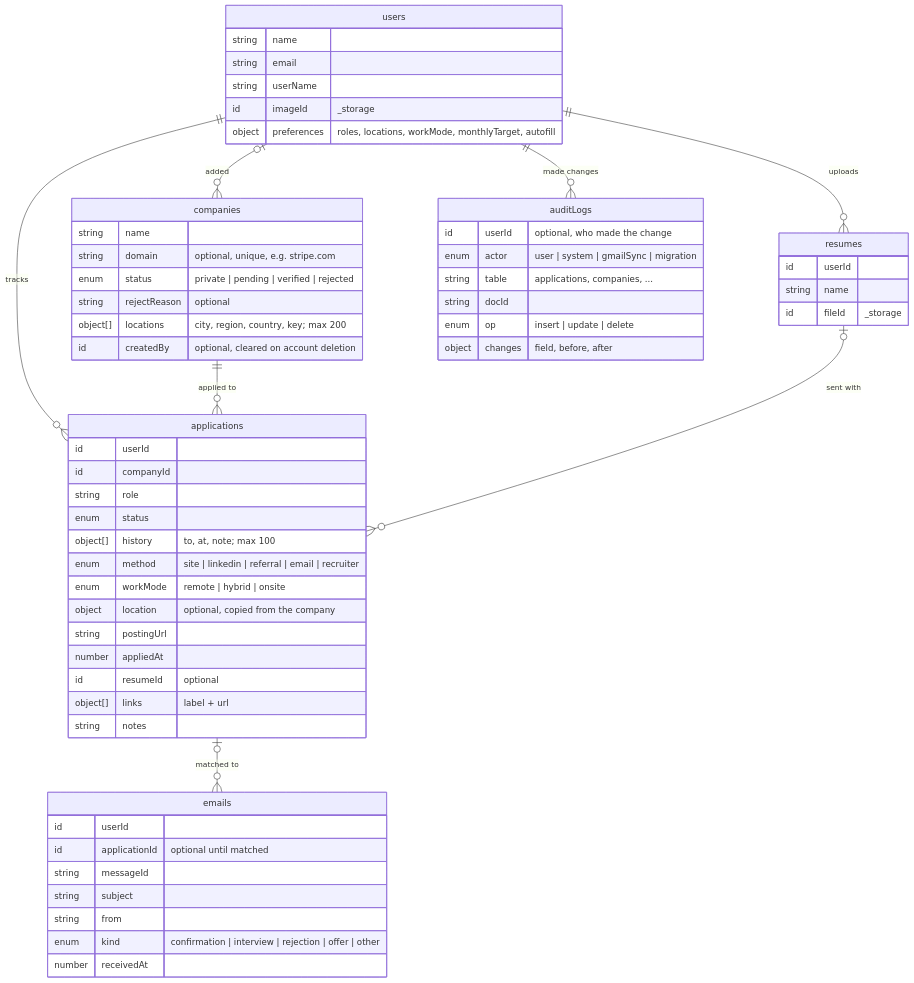
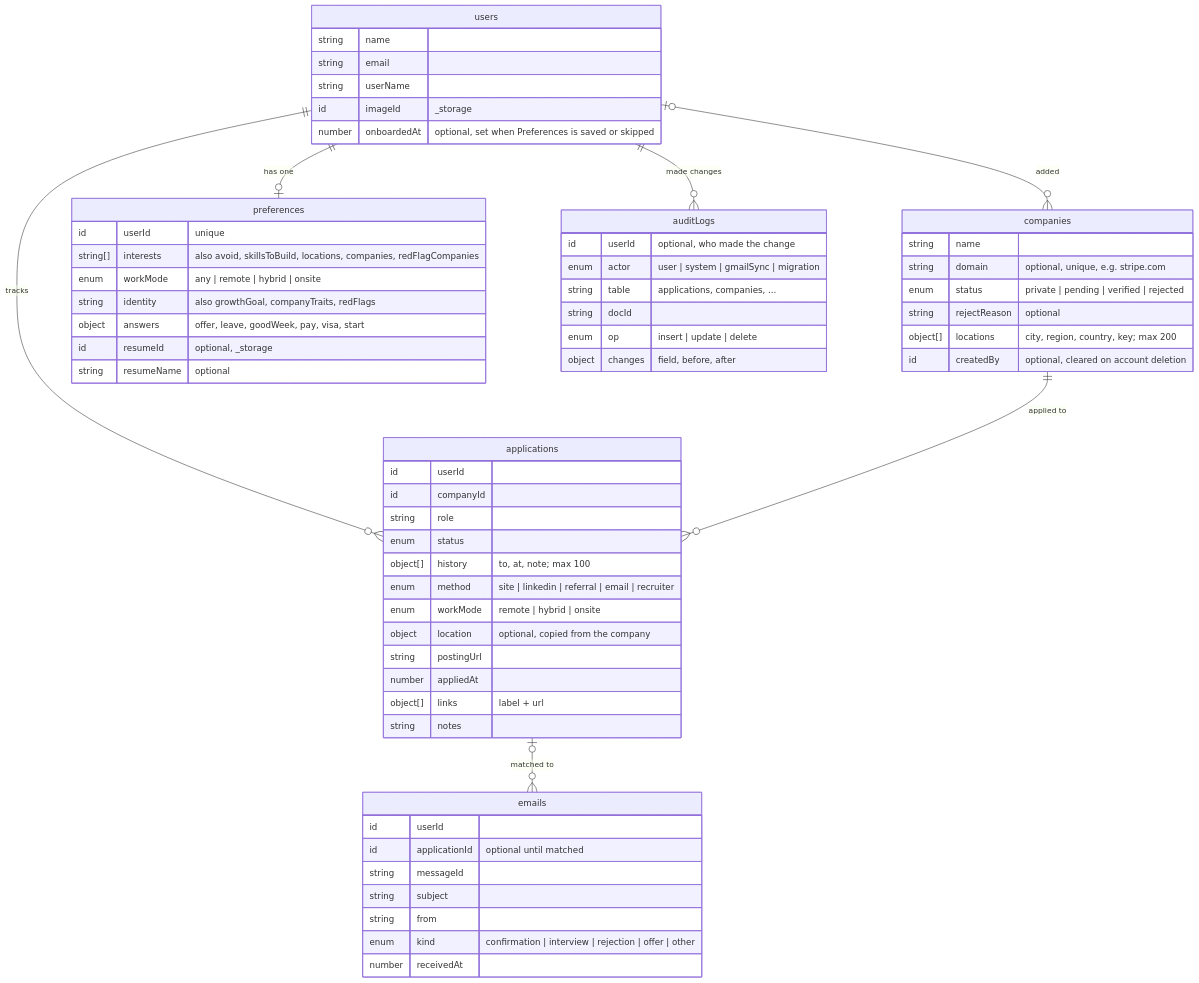
The first of 7 diagrams in docs/database-design.md (saranatour1/job-tracking-helper), drawn with Mermaid before and after one commit. The commit also changed other lines of this file and 17 other files, not shown here.

````diff
--- a/docs/database-design.md
+++ b/docs/database-design.md
@@ -66,63 +66,65 @@
 ```mermaid
 erDiagram
     users |o--o{ companies : "added"
     users ||--o{ applications : tracks
-    users ||--o{ resumes : uploads
+    users ||--o| preferences : "has one"
     users ||--o{ auditLogs : "made changes"
     companies ||--o{ applications : "applied to"
-    resumes |o--o{ applications : "sent with"
     applications |o--o{ emails : "matched to"
 
     users {
         string name
         string email
         string userName
         id imageId "_storage"
-        object preferences "roles, locations, workMode, monthlyTarget, autofill"
+        number onboardedAt "optional, set when Preferences is saved or skipped"
     }
     companies {
         string name
         string domain "optional, unique, e.g. stripe.com"
         enum status "private | pending | verified | rejected"
         string rejectReason "optional"
         object[] locations "city, region, country, key; max 200"
         id createdBy "optional, cleared on account deletion"
     }
     applications {
         id userId
         id companyId
         string role
         enum status
         object[] history "to, at, note; max 100"
         enum method "site | linkedin | referral | email | recruiter"
         enum workMode "remote | hybrid | onsite"
         object location "optional, copied from the company"
         string postingUrl
         number appliedAt
-        id resumeId "optional"
         object[] links "label + url"
         string notes
     }
-    resumes {
-        id userId
-        string name
-        id fileId "_storage"
+    preferences {
+        id userId "unique"
+        string[] interests "also avoid, skillsToBuild, locations, companies, redFlagCompanies"
+        enum workMode "any | remote | hybrid | onsite"
+        string identity "also growthGoal, companyTraits, redFlags"
+        object answers "offer, leave, goodWeek, pay, visa, start"
+        id resumeId "optional, _storage"
+        string resumeName "optional"
     }
     emails {
         id userId
         id applicationId "optional until matched"
         string messageId
         string subject
         string from
         enum kind "confirmation | interview | rejection | offer | other"
         number receivedAt
     }
     auditLogs {
         id userId "optional, who made the change"
         enum actor "user | system | gmailSync | migration"
         string table "applications, companies, ..."
         string docId
         enum op "insert | update | delete"
         object changes "field, before, after"
     }
 ```
````
